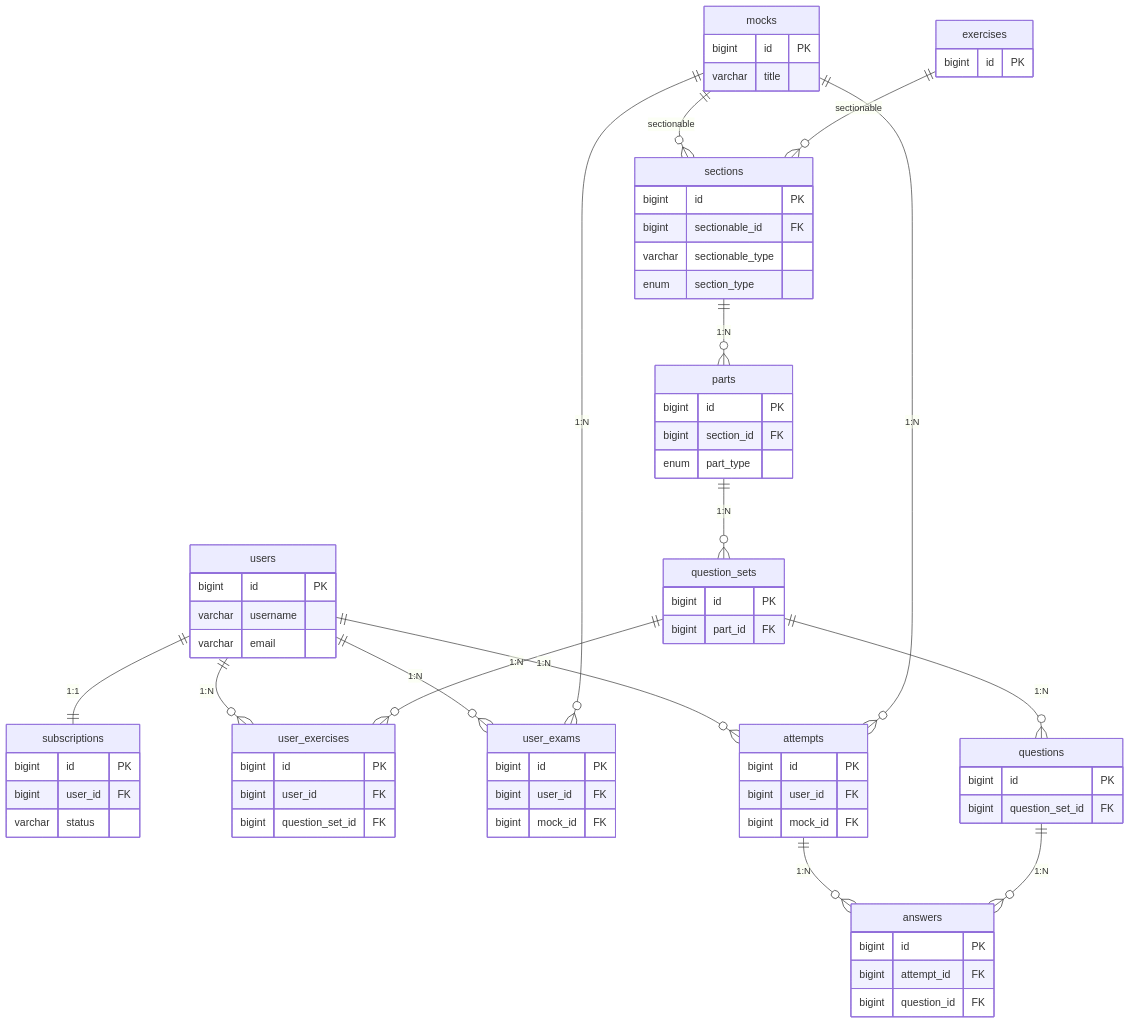
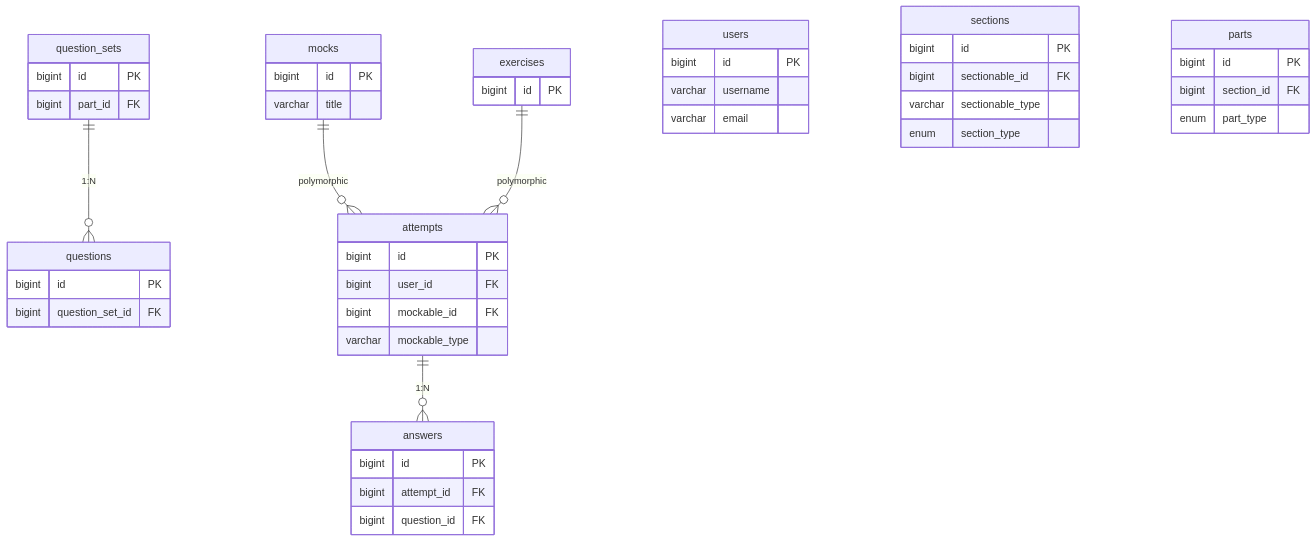
The diagram in docs/データベース設計.md (hinatahoriba/Preness), drawn with Mermaid before and after one commit. The commit also changed other lines of this file and 5 other files, not shown here.

````diff
--- a/docs/データベース設計.md
+++ b/docs/データベース設計.md
@@ -5,35 +5,16 @@
 ```mermaid
 erDiagram
-    users ||--|| subscriptions : "1:1"
-    users ||--o{ user_exercises : "1:N"
-    users ||--o{ user_exams : "1:N"
-    users ||--o{ attempts : "1:N"
+    question_sets ||--o{ questions : "1:N"
+    
+    mocks ||--o{ attempts : "polymorphic"
+    exercises ||--o{ attempts : "polymorphic"
     
     attempts ||--o{ answers : "1:N"
-    questions ||--o{ answers : "1:N"
-
-    mocks ||--o{ sections : "sectionable"
-    exercises ||--o{ sections : "sectionable"
-    
-    sections ||--o{ parts : "1:N"
-    parts ||--o{ question_sets : "1:N"
-    question_sets ||--o{ questions : "1:N"
-    
-    question_sets ||--o{ user_exercises : "1:N"
-    
-    mocks ||--o{ user_exams : "1:N"
-    mocks ||--o{ attempts : "1:N"
 
     users {
         bigint id PK
         varchar username
         varchar email
-    }
-
-    subscriptions {
-        bigint id PK
-        bigint user_id FK
-        varchar status
     }
 
     mocks {
@@ -68,22 +49,11 @@
         bigint question_set_id FK
     }
 
-    user_exercises {
-        bigint id PK
-        bigint user_id FK
-        bigint question_set_id FK
-    }
-
-    user_exams {
-        bigint id PK
-        bigint user_id FK
-        bigint mock_id FK
-    }
-
     attempts {
         bigint id PK
         bigint user_id FK
-        bigint mock_id FK
+        bigint mockable_id FK
+        varchar mockable_type
     }
 
     answers {
````
